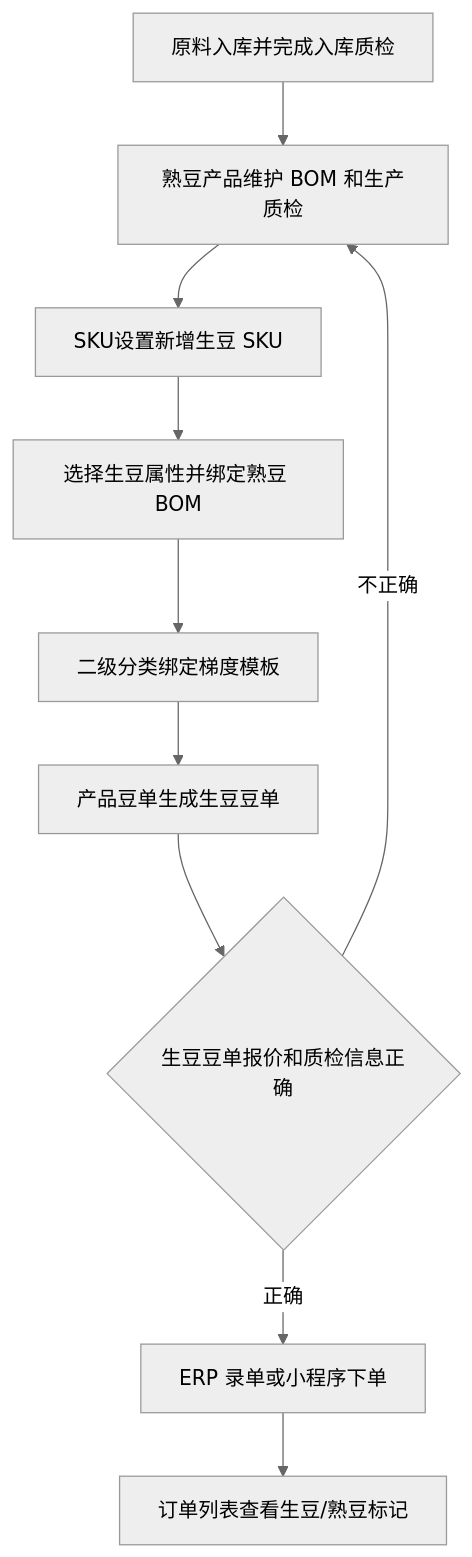
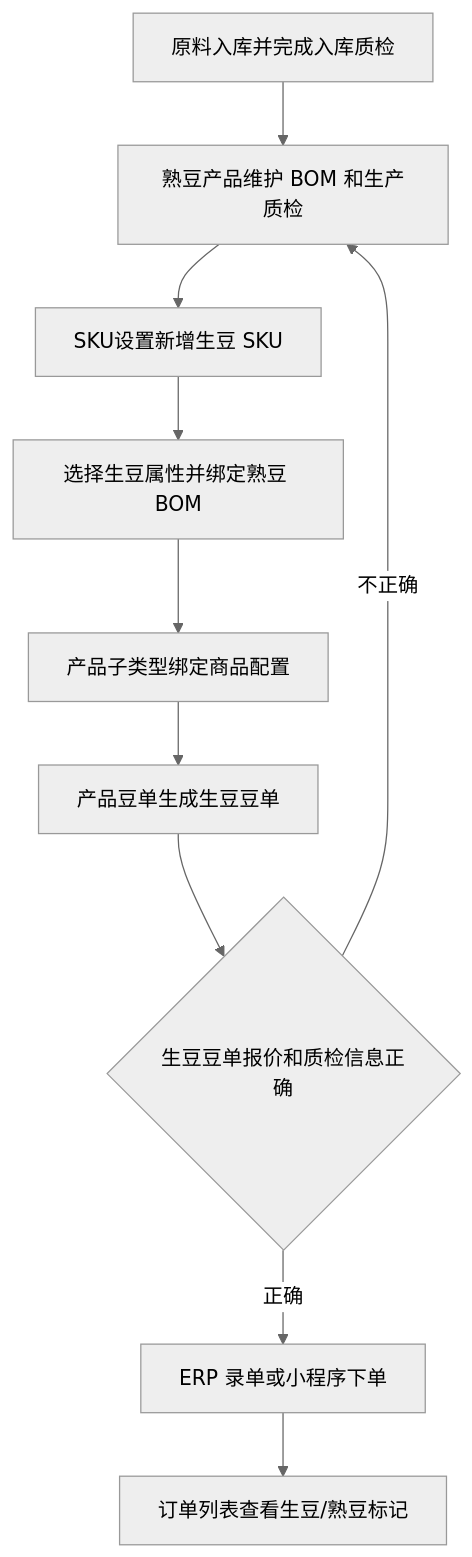
Before and after one commit to Backstage2539/KFerp: the diagram in orderapp-remote/docs/OP_MANUAL_GREEN_BEAN_SALES.md, drawn with Mermaid (neutral theme). The commit also changed other lines of this file and 17 other files, not shown here.

````diff
--- a/orderapp-remote/docs/OP_MANUAL_GREEN_BEAN_SALES.md
+++ b/orderapp-remote/docs/OP_MANUAL_GREEN_BEAN_SALES.md
@@ -14,12 +14,12 @@
 ```mermaid
 flowchart TD
   A["原料入库并完成入库质检"] --> B["熟豆产品维护 BOM 和生产质检"]
   B --> C["SKU设置新增生豆 SKU"]
   C --> D["选择生豆属性并绑定熟豆 BOM"]
-  D --> E["二级分类绑定梯度模板"]
+  D --> E["产品子类型绑定商品配置"]
   E --> F["产品豆单生成生豆豆单"]
   F --> G{"生豆豆单报价和质检信息正确"}
   G -->|正确| H["ERP 录单或小程序下单"]
   G -->|不正确| B
   H --> I["订单列表查看生豆/熟豆标记"]
 ```
````
